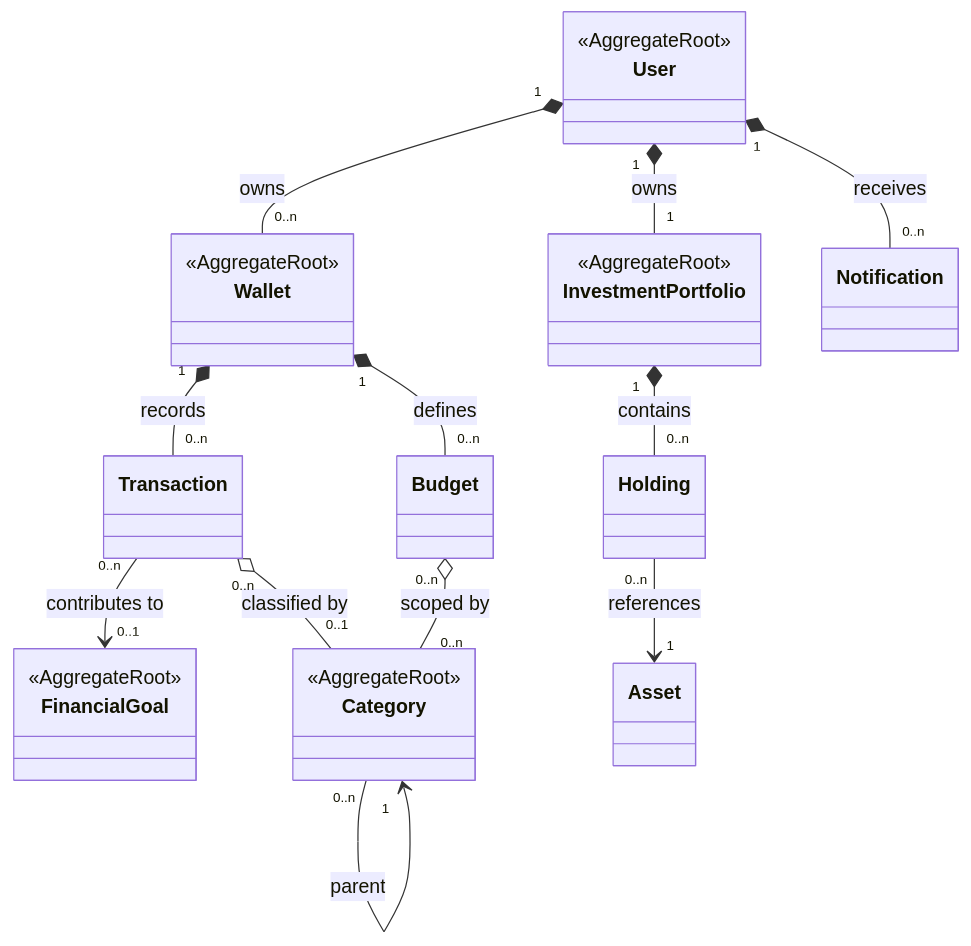
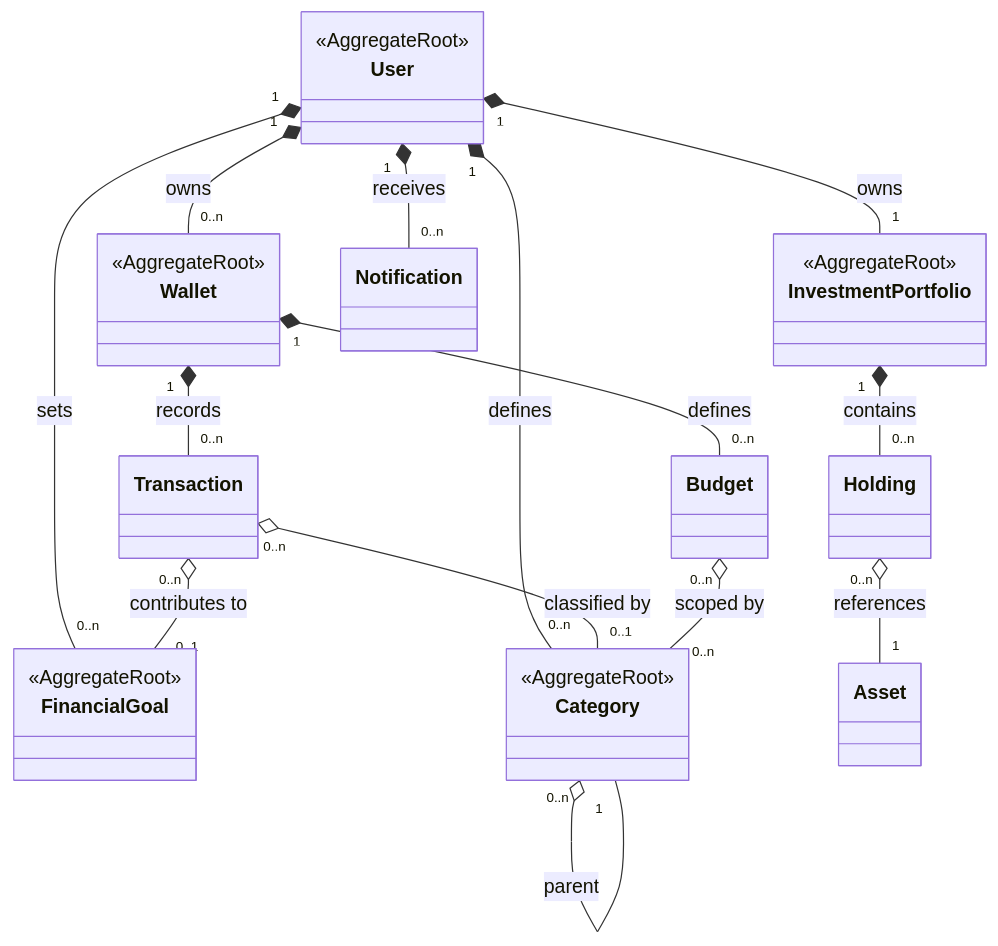
Before and after one commit to homertruong66/pfm: the diagram in SRS.md, drawn with Mermaid. The commit also changed other lines of this file and 2 other files, not shown here.

````diff
--- a/SRS.md
+++ b/SRS.md
@@ -124,38 +228,40 @@
 ```mermaid
 classDiagram
     direction TB
 
     class User {
         <<AggregateRoot>>
     }
     class Wallet {
         <<AggregateRoot>>
     }
     class InvestmentPortfolio {
         <<AggregateRoot>>
     }
     class FinancialGoal {
         <<AggregateRoot>>
     }
     class Category {
         <<AggregateRoot>>
     }
 
     User "1" *-- "1" InvestmentPortfolio : owns
     User "1" *-- "0..n" Notification : receives
     User "1" *-- "0..n" Wallet : owns
+    User "1" *-- "0..n" FinancialGoal : sets
+    User "1" *-- "0..n" Category : defines
 
     InvestmentPortfolio "1" *-- "0..n" Holding : contains
 
-    Holding "0..n" --> "1" Asset : references
+    Holding "0..n" o-- "1" Asset : references
 
     Wallet "1" *-- "0..n" Transaction : records
     Wallet "1" *-- "0..n" Budget : defines
 
     Transaction "0..n" o-- "0..1" Category : classified by
-    Transaction "0..n" --> "0..1" FinancialGoal : contributes to
+    Transaction "0..n" o-- "0..1" FinancialGoal : contributes to
 
     Budget "0..n" o-- "0..n" Category : scoped by
 
-    Category "0..n" --> "1" Category : parent
+    Category "0..n" o-- "1" Category : parent
 ```
````
